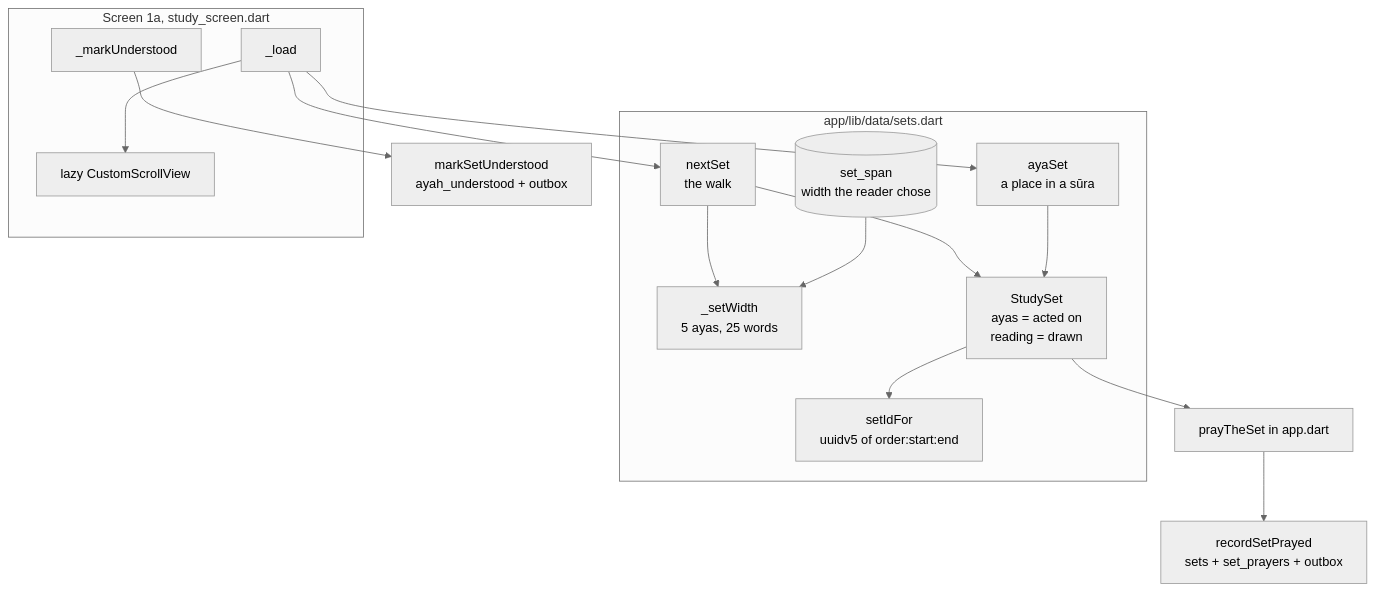
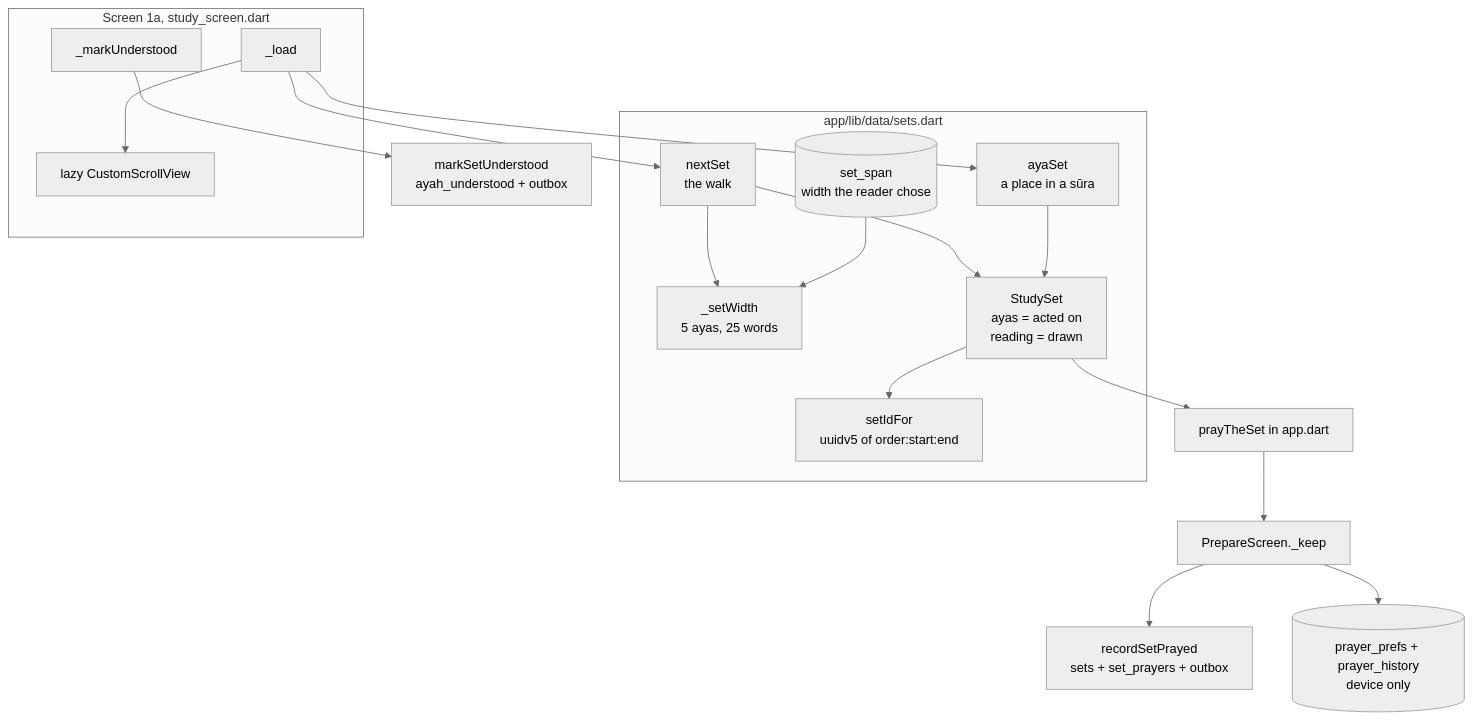
Before and after one commit to MohammadBnei/wird: the third of 6 diagrams in docs/architecture/app/sets-and-reader.md, drawn with Mermaid (neutral theme). The commit also changed other lines of this file and 15 other files, not shown here.

First line of the commit message:
Record the prepared prayer: ADR 0018, and the docs that described the old one

````diff
--- a/docs/architecture/app/sets-and-reader.md
+++ b/docs/architecture/app/sets-and-reader.md
@@ -48,27 +50,29 @@
 ```mermaid
 flowchart TB
   subgraph data["app/lib/data/sets.dart"]
     nextSet["nextSet<br/>the walk"]
     ayaSet["ayaSet<br/>a place in a sūra"]
     width["_setWidth<br/>5 ayas, 25 words"]
     span[("set_span<br/>width the reader chose")]
     id["setIdFor<br/>uuidv5 of order:start:end"]
     studySet["StudySet<br/>ayas = acted on<br/>reading = drawn"]
   end
   subgraph screen["Screen 1a, study_screen.dart"]
     load["_load"]
     list["lazy CustomScrollView"]
     mark["_markUnderstood"]
   end
   nextSet --> width
   span --> width
   nextSet --> studySet
   ayaSet --> studySet
   studySet --> id
   load --> nextSet
   load --> ayaSet
   load --> list
   mark --> db1["markSetUnderstood<br/>ayah_understood + outbox"]
-  pray["prayTheSet in app.dart"] --> db2["recordSetPrayed<br/>sets + set_prayers + outbox"]
+  pray["prayTheSet in app.dart"] --> prep["PrepareScreen._keep"]
+  prep --> db2["recordSetPrayed<br/>sets + set_prayers + outbox"]
+  prep --> local[("prayer_prefs + prayer_history<br/>device only")]
   studySet --> pray
 ```
````
